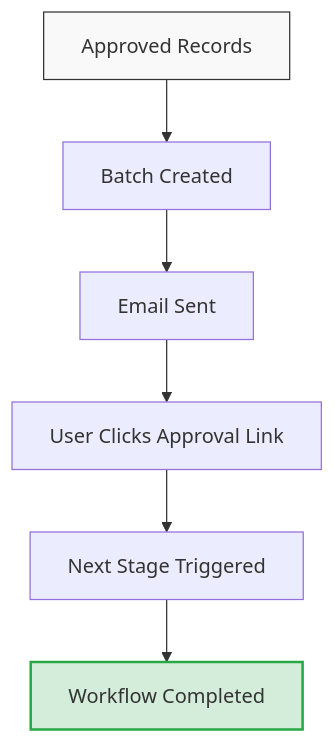
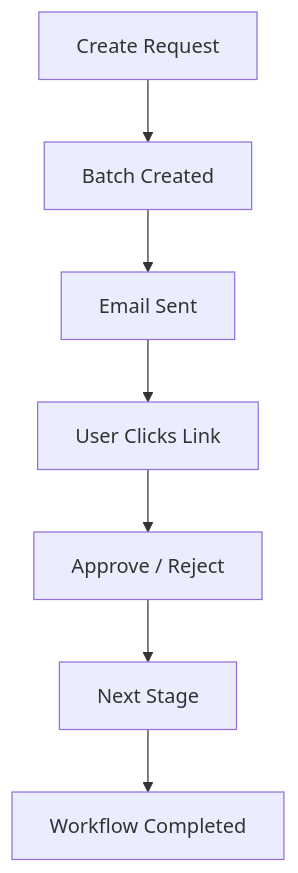
One commit to apurba-labs/laravel-approval-engine changed the first of 3 diagrams in README.md. Above: the diagram before and after it, drawn with Mermaid. The commit also changed other lines of this file, not shown here.

````diff
--- a/README.md
+++ b/README.md
@@ -44,11 +69,9 @@
 ```mermaid
 graph TD
-    A[Approved Records] --> B[Batch Created]
+    A[Create Request] --> B[Batch Created]
     B --> C[Email Sent]
-    C --> D[User Clicks Approval Link]
-    D --> E[Next Stage Triggered]
-    E --> F[Workflow Completed]
-
-    style A fill:#f9f9f9,stroke:#333
-    style F fill:#d4edda,stroke:#28a745,stroke-width:2px
+    C --> D[User Clicks Link]
+    D --> E[Approve / Reject]
+    E --> F[Next Stage]
+    F --> G[Workflow Completed]
 ```
````
